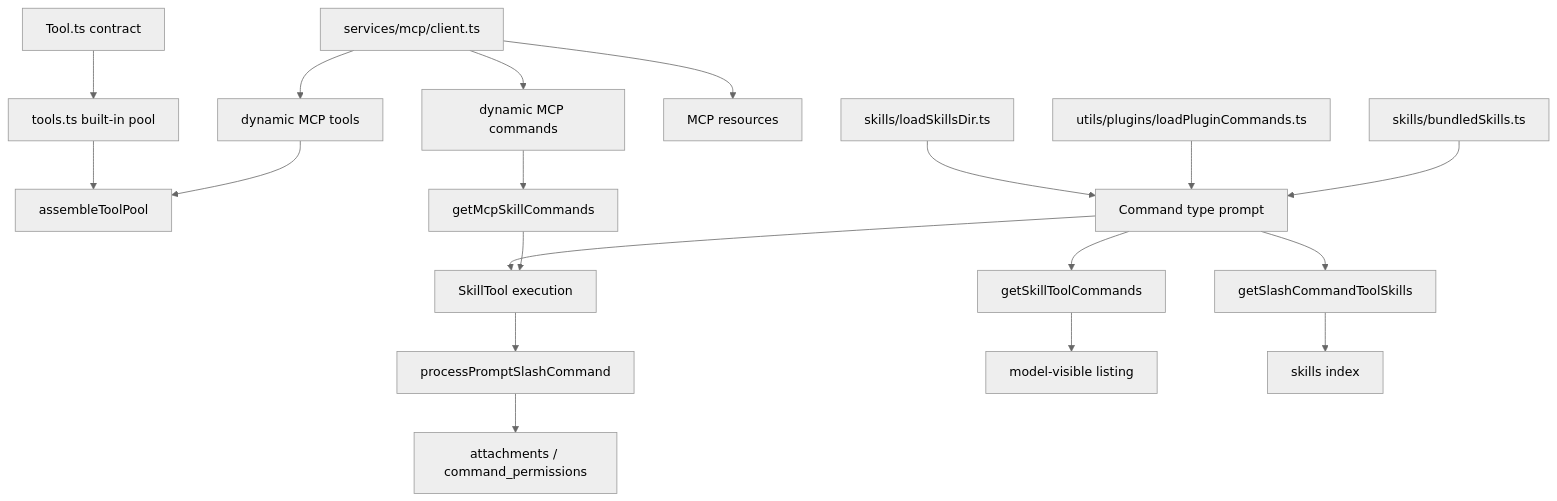
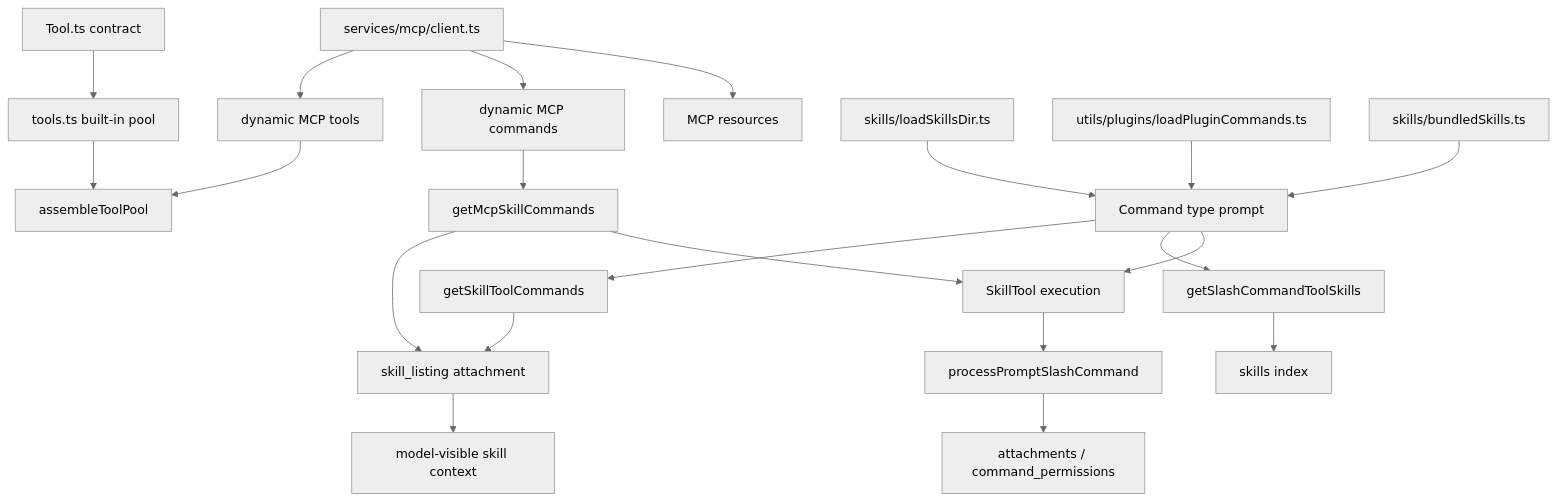
The diagram in MODULES/05-tools-mcp-skills-and-plugins/DEEP/README.md (Boulea7/ClaudeCode-Source-DeepDive), drawn with Mermaid (neutral theme) before and after one commit. The commit also changed other lines of this file and 8 other files, not shown here.

````diff
--- a/MODULES/05-tools-mcp-skills-and-plugins/DEEP/README.md
+++ b/MODULES/05-tools-mcp-skills-and-plugins/DEEP/README.md
@@ -387,21 +393,23 @@
 ```mermaid
 flowchart TD
     A[Tool.ts contract] --> B[tools.ts built-in pool]
     C[services/mcp/client.ts] --> D[dynamic MCP tools]
     C --> E[dynamic MCP commands]
     C --> F[MCP resources]
     B --> G[assembleToolPool]
     D --> G
     H[skills/loadSkillsDir.ts] --> I[Command type prompt]
     J[utils/plugins/loadPluginCommands.ts] --> I
     K[skills/bundledSkills.ts] --> I
     E --> L[getMcpSkillCommands]
     I --> M[getSkillToolCommands]
     I --> N[getSlashCommandToolSkills]
+    M --> T[skill_listing attachment]
+    L --> T
     I --> O[SkillTool execution]
     L --> O
     O --> P[processPromptSlashCommand]
-    M --> Q[model-visible listing]
+    T --> Q[model-visible skill context]
     N --> R[skills index]
     P --> S[attachments / command_permissions]
 ```
````
